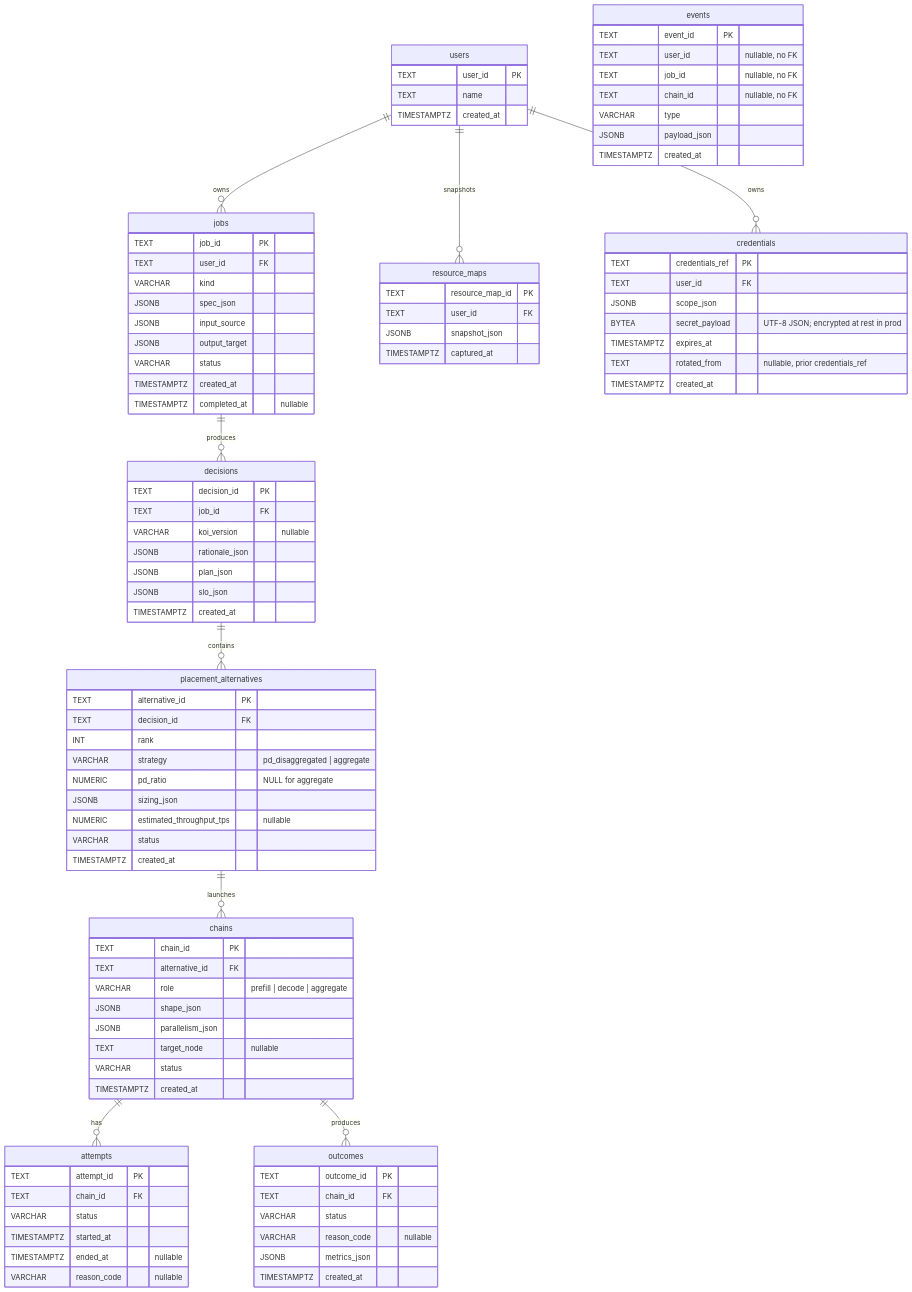
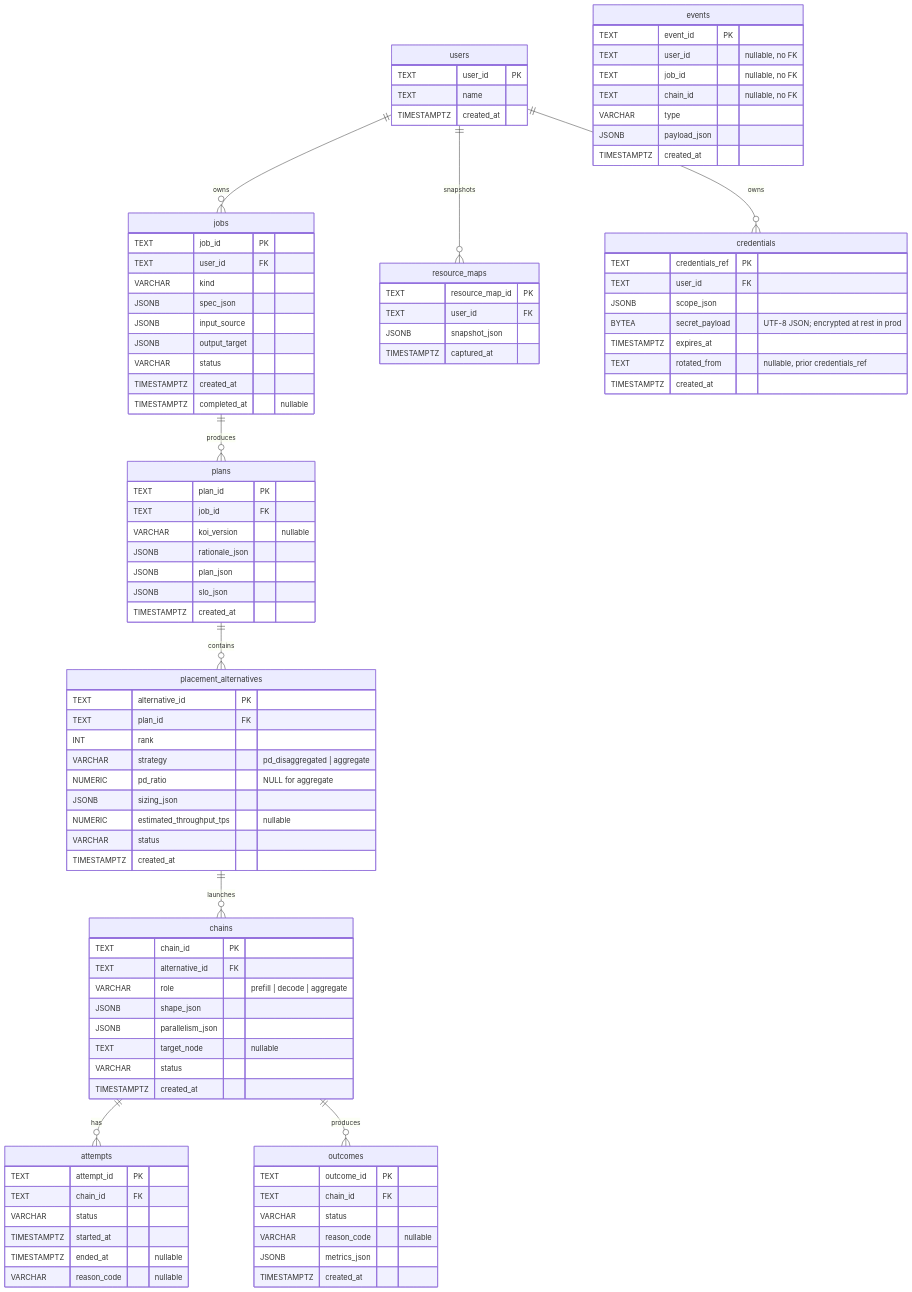
One commit to Tandemn-Labs/tandemn-store changed the diagram in DATABASE.md. Above: the diagram before and after it, drawn with Mermaid. The commit also changed other lines of this file and 13 other files, not shown here.

First line of the commit message:
schema: rename collapsed decisions model to plans

```diff
--- a/DATABASE.md
+++ b/DATABASE.md
@@ -19,9 +19,9 @@
     users ||--o{ resource_maps   : "snapshots"
     users ||--o{ credentials     : "owns"
 
-    jobs ||--o{ decisions          : "produces"
+    jobs ||--o{ plans          : "produces"
 
-    decisions ||--o{ placement_alternatives  : "contains"
+    plans ||--o{ placement_alternatives  : "contains"
 
     placement_alternatives ||--o{ chains : "launches"
 
@@ -53,8 +53,8 @@
       TIMESTAMPTZ completed_at "nullable"
     }
 
-    decisions {
-      TEXT decision_id PK
+    plans {
+      TEXT plan_id PK
       TEXT job_id FK
       VARCHAR koi_version "nullable"
       JSONB rationale_json
@@ -65,7 +65,7 @@
 
     placement_alternatives {
       TEXT alternative_id PK
-      TEXT decision_id FK
+      TEXT plan_id FK
       INT rank
       VARCHAR strategy "pd_disaggregated | aggregate"
       NUMERIC pd_ratio "NULL for aggregate"
```
